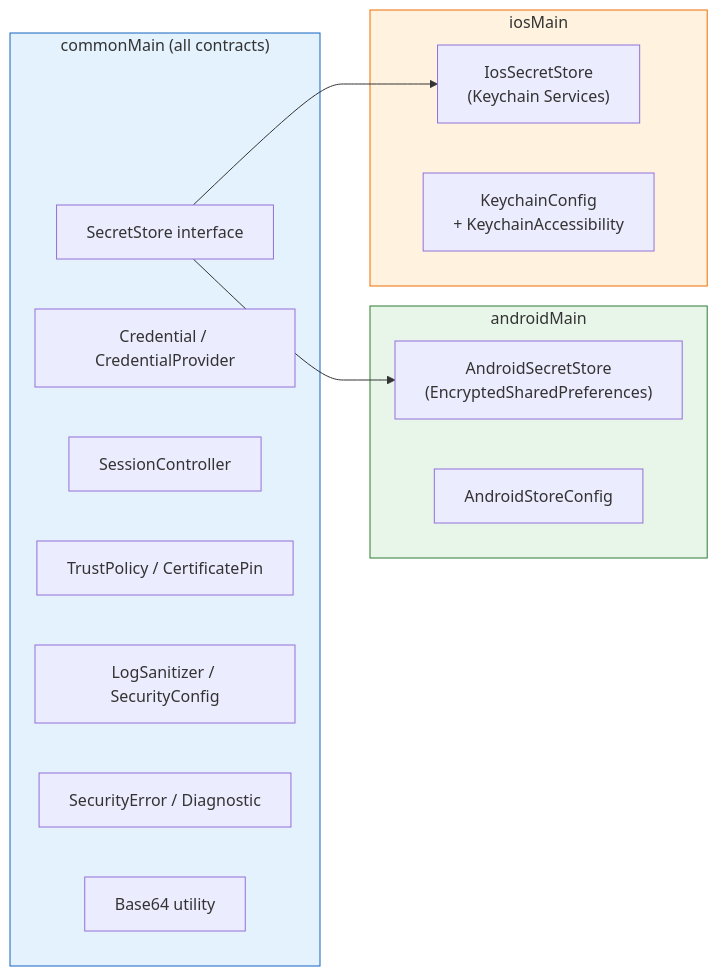
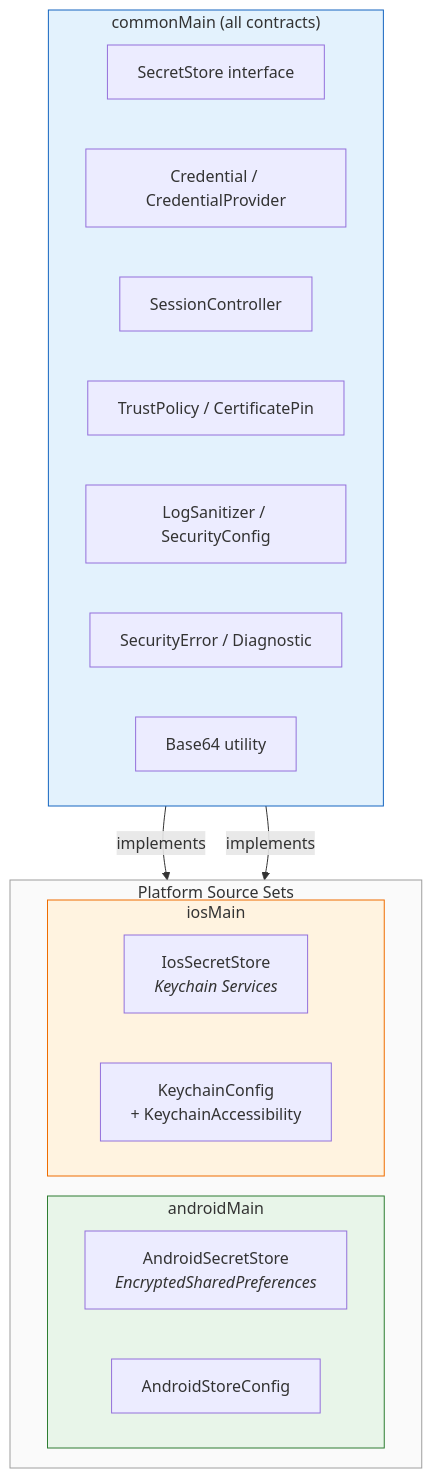
One commit to DanCrRdz93/core-data-platform changed the second of 2 diagrams in security-core/README.md. Above: the diagram before and after it, drawn with Mermaid. The commit also changed other lines of this file and 8 other files, not shown here.

Commit message:
update diagrams

````diff
--- a/security-core/README.md
+++ b/security-core/README.md
@@ -289,29 +294,34 @@
 ```mermaid
-graph LR
+graph TD
     subgraph commonMain["commonMain (all contracts)"]
+        direction LR
         A[SecretStore interface]
         B[Credential / CredentialProvider]
         C[SessionController]
         D[TrustPolicy / CertificatePin]
         E[LogSanitizer / SecurityConfig]
         F[SecurityError / Diagnostic]
         G[Base64 utility]
     end
 
-    subgraph androidMain
-        H["AndroidSecretStore<br/>(EncryptedSharedPreferences)"]
-        I[AndroidStoreConfig]
+    subgraph platformSets["Platform Source Sets"]
+        direction LR
+        subgraph androidMain["androidMain"]
+            H["AndroidSecretStore<br/><i>EncryptedSharedPreferences</i>"]
+            I[AndroidStoreConfig]
+        end
+
+        subgraph iosMain["iosMain"]
+            J["IosSecretStore<br/><i>Keychain Services</i>"]
+            K["KeychainConfig<br/>+ KeychainAccessibility"]
+        end
     end
 
-    subgraph iosMain
-        J["IosSecretStore<br/>(Keychain Services)"]
-        K["KeychainConfig<br/>+ KeychainAccessibility"]
-    end
-
-    A --> H
-    A --> J
+    A -->|implements| H
+    A -->|implements| J
 
     style commonMain fill:#e3f2fd,stroke:#1565c0
+    style platformSets fill:#fafafa,stroke:#9e9e9e
     style androidMain fill:#e8f5e9,stroke:#2e7d32
     style iosMain fill:#fff3e0,stroke:#ef6c00
 ```
````
